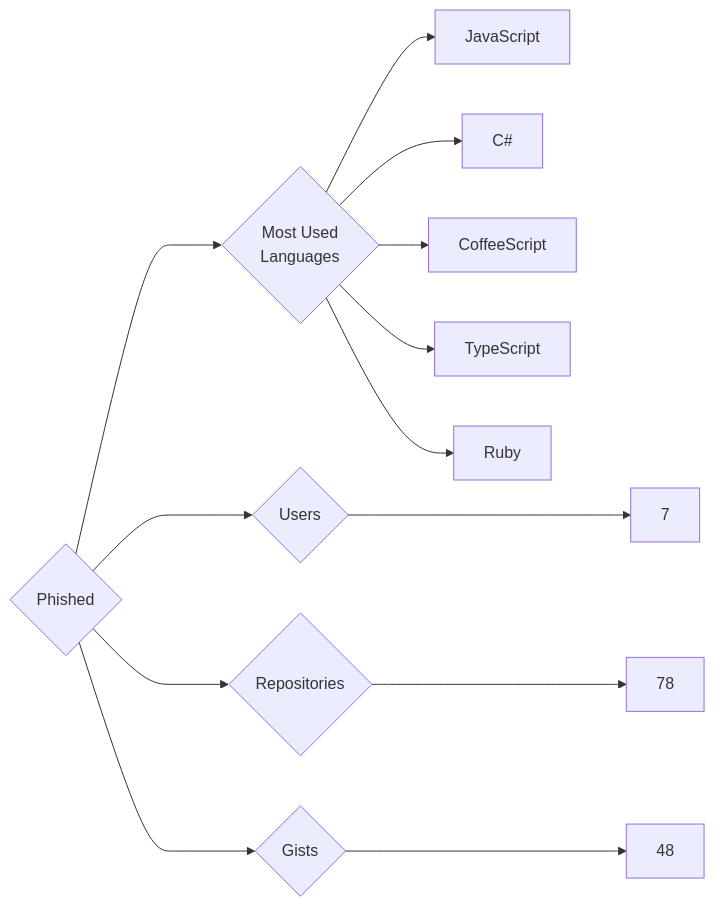
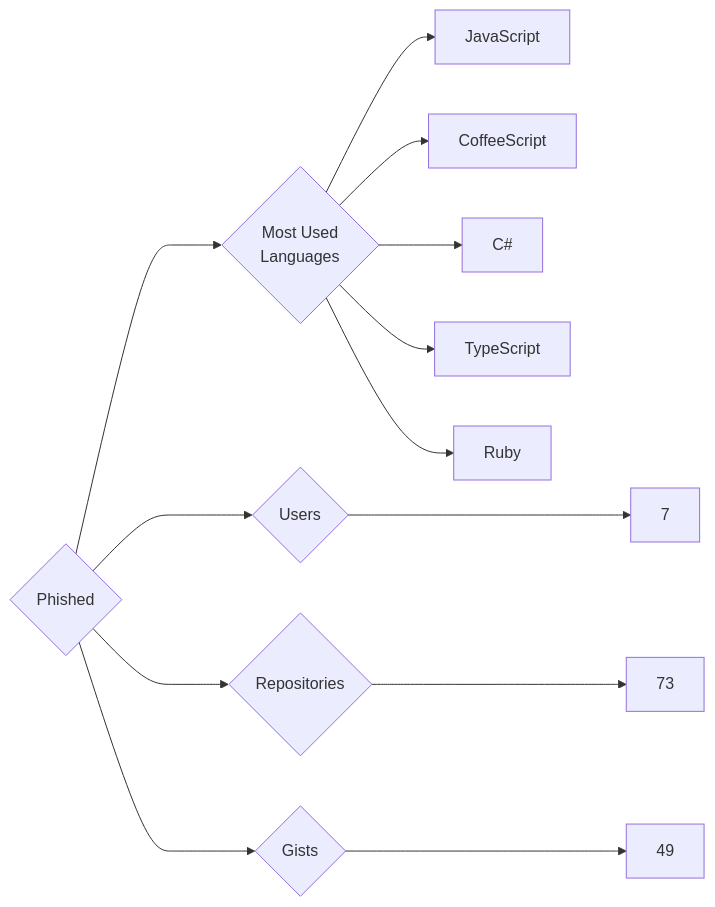
One commit to trickest/insiders changed the diagram in targets/Phished/README.md. Above: the diagram before and after it, drawn with Mermaid. The commit also changed 851 other files, not shown here.

````diff
--- a/targets/Phished/README.md
+++ b/targets/Phished/README.md
@@ -3,13 +3,13 @@
 ```mermaid
 graph LR
 COMPANY_NAME{Phished}
 COMPANY_NAME ---> U{Users} ---> UN[7]
-COMPANY_NAME ---> R{Repositories} ---> RN[78]
-COMPANY_NAME ---> G{Gists} ---> GN[48]
+COMPANY_NAME ---> R{Repositories} ---> RN[73]
+COMPANY_NAME ---> G{Gists} ---> GN[49]
 COMPANY_NAME ---> ML{Most Used<br>Languages}
 ML --> JavaScript[JavaScript]
+ML --> CoffeeScript[CoffeeScript]
 ML --> C#[C#]
-ML --> CoffeeScript[CoffeeScript]
 ML --> TypeScript[TypeScript]
 ML --> Ruby[Ruby]
 ```
````
